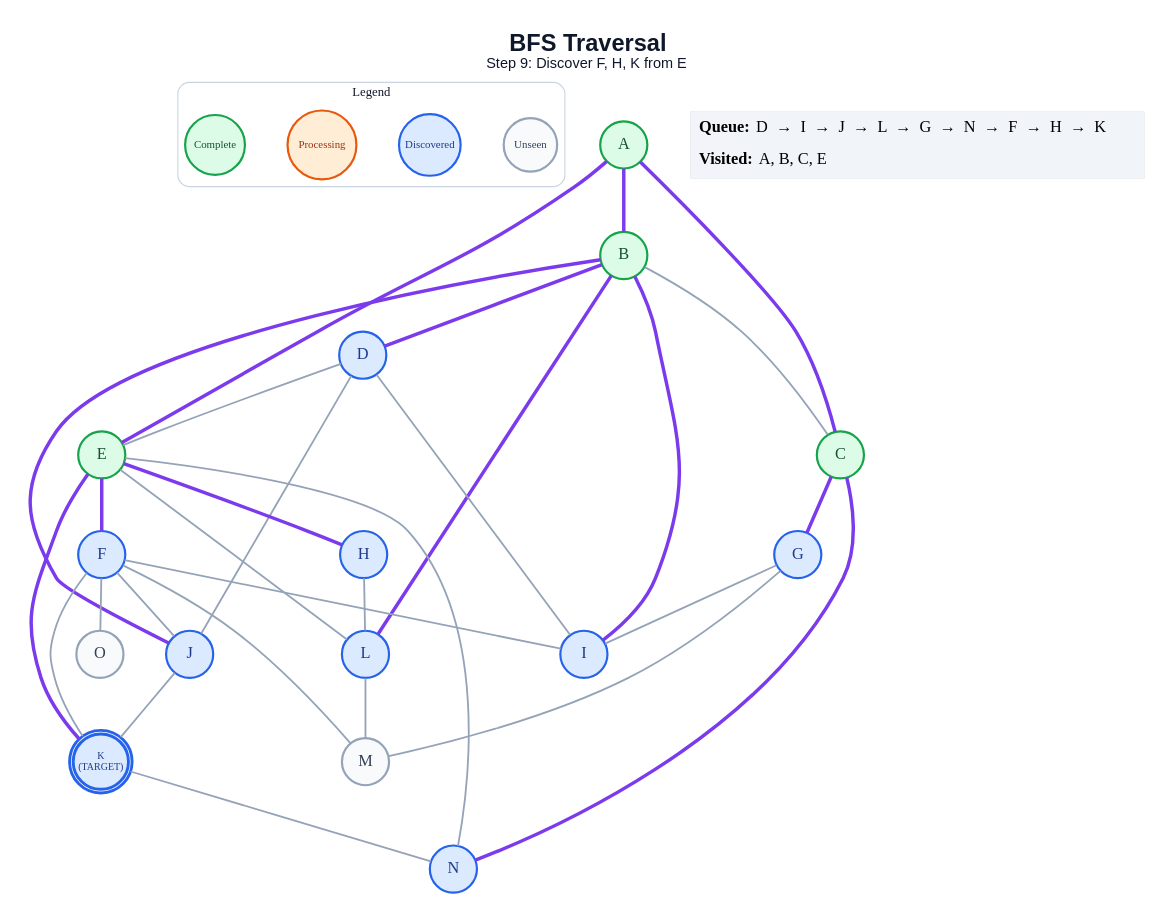
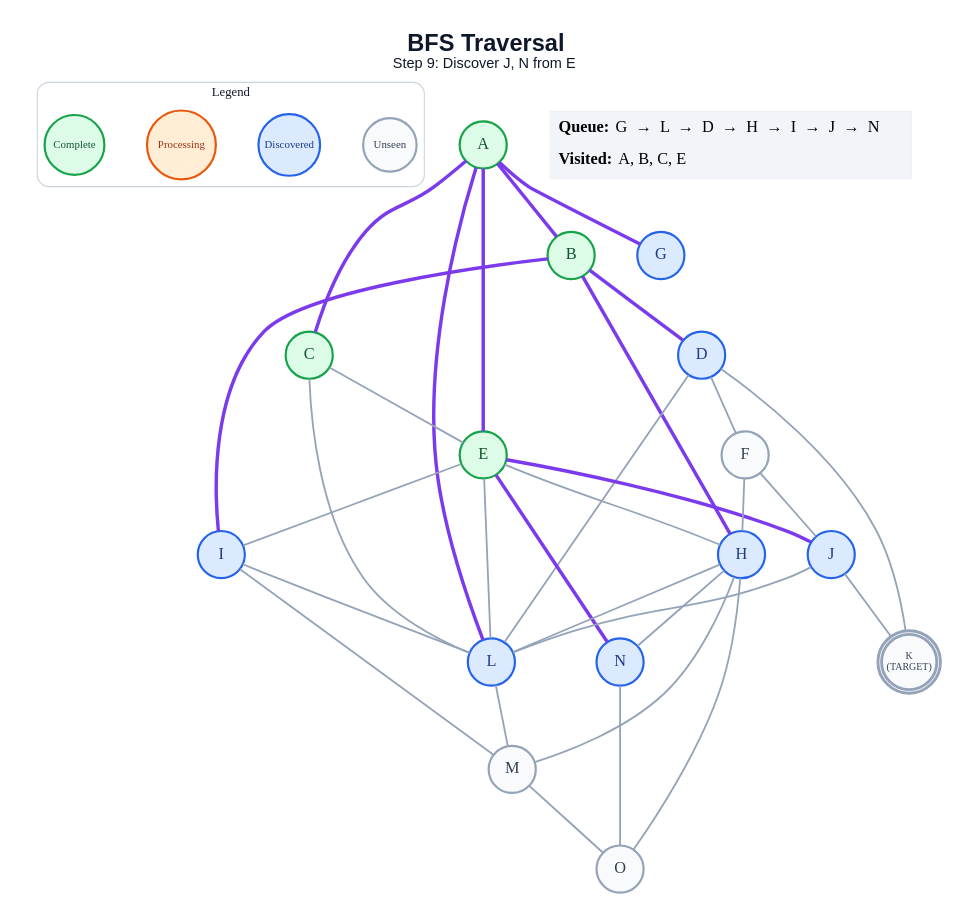
The diagram in generated/specific-node/bfs/step_09.dot (anon7238593-create/ai-slop), drawn with Graphviz before and after one commit. The commit also changed 243 other files, not shown here.

```diff
--- a/generated/specific-node/bfs/step_09.dot
+++ b/generated/specific-node/bfs/step_09.dot
@@ -1,63 +1,65 @@
 graph traversal {
   graph [layout=dot, rankdir=TB, bgcolor="#FFFFFF", pad="0.35", nodesep="0.65", ranksep="0.8", fontname="Arial"];
   node [shape=circle, style="filled", fontname="Arial Bold", fontsize=18, width=0.72, fixedsize=true, penwidth=2.4];
   edge [color="#94A3B8", penwidth=2.0];
-  label=<<B>BFS Traversal</B><BR/><FONT POINT-SIZE="16">Step 9: Discover F, H, K from E</FONT>>; labelloc="t"; fontsize=26; fontname="Arial"; fontcolor="#0F172A";
+  label=<<B>BFS Traversal</B><BR/><FONT POINT-SIZE="16">Step 9: Discover J, N from E</FONT>>; labelloc="t"; fontsize=26; fontname="Arial"; fontcolor="#0F172A";
   subgraph cluster_legend { label="Legend"; color="#CBD5E1"; penwidth=1.2; style="rounded"; fontsize=14; fontname="Arial Bold";
     key_unseen [label="Unseen", fillcolor="#F8FAFC", color="#94A3B8", fontcolor="#334155", fontsize=12, width=0.82];
     key_frontier [label="Discovered", fillcolor="#DBEAFE", color="#2563EB", fontcolor="#1E3A8A", fontsize=12, width=0.95];
     key_current [label="Processing", fillcolor="#FFEDD5", color="#EA580C", fontcolor="#9A3412", fontsize=12, width=1.05];
     key_done [label="Complete", fillcolor="#DCFCE7", color="#16A34A", fontcolor="#14532D", fontsize=12, width=0.92];
     { rank=same; key_unseen; key_frontier; key_current; key_done; }
   }
   A [label="A", fillcolor="#DCFCE7", color="#16A34A", fontcolor="#14532D", peripheries=1, penwidth=2.4];
   B [label="B", fillcolor="#DCFCE7", color="#16A34A", fontcolor="#14532D", peripheries=1, penwidth=2.4];
   C [label="C", fillcolor="#DCFCE7", color="#16A34A", fontcolor="#14532D", peripheries=1, penwidth=2.4];
   D [label="D", fillcolor="#DBEAFE", color="#2563EB", fontcolor="#1E3A8A", peripheries=1, penwidth=2.4];
   E [label="E", fillcolor="#DCFCE7", color="#16A34A", fontcolor="#14532D", peripheries=1, penwidth=2.4];
-  F [label="F", fillcolor="#DBEAFE", color="#2563EB", fontcolor="#1E3A8A", peripheries=1, penwidth=2.4];
+  F [label="F", fillcolor="#F8FAFC", color="#94A3B8", fontcolor="#334155", peripheries=1, penwidth=2.4];
   G [label="G", fillcolor="#DBEAFE", color="#2563EB", fontcolor="#1E3A8A", peripheries=1, penwidth=2.4];
   H [label="H", fillcolor="#DBEAFE", color="#2563EB", fontcolor="#1E3A8A", peripheries=1, penwidth=2.4];
   I [label="I", fillcolor="#DBEAFE", color="#2563EB", fontcolor="#1E3A8A", peripheries=1, penwidth=2.4];
   J [label="J", fillcolor="#DBEAFE", color="#2563EB", fontcolor="#1E3A8A", peripheries=1, penwidth=2.4];
-  K [label="K\n(TARGET)", fillcolor="#DBEAFE", color="#2563EB", fontcolor="#1E3A8A", peripheries=2, penwidth=3.2, fontsize=11, width=0.85, height=0.85];
+  K [label="K\n(TARGET)", fillcolor="#F8FAFC", color="#94A3B8", fontcolor="#334155", peripheries=2, penwidth=3.2, fontsize=11, width=0.85, height=0.85];
   L [label="L", fillcolor="#DBEAFE", color="#2563EB", fontcolor="#1E3A8A", peripheries=1, penwidth=2.4];
   M [label="M", fillcolor="#F8FAFC", color="#94A3B8", fontcolor="#334155", peripheries=1, penwidth=2.4];
   N [label="N", fillcolor="#DBEAFE", color="#2563EB", fontcolor="#1E3A8A", peripheries=1, penwidth=2.4];
   O [label="O", fillcolor="#F8FAFC", color="#94A3B8", fontcolor="#334155", peripheries=1, penwidth=2.4];
   A -- B [color="#7C3AED", penwidth=3.8];
   A -- C [color="#7C3AED", penwidth=3.8];
   A -- E [color="#7C3AED", penwidth=3.8];
-  B -- C;
+  A -- G [color="#7C3AED", penwidth=3.8];
+  A -- L [color="#7C3AED", penwidth=3.8];
   B -- D [color="#7C3AED", penwidth=3.8];
+  B -- H [color="#7C3AED", penwidth=3.8];
   B -- I [color="#7C3AED", penwidth=3.8];
-  B -- J [color="#7C3AED", penwidth=3.8];
-  B -- L [color="#7C3AED", penwidth=3.8];
-  C -- G [color="#7C3AED", penwidth=3.8];
-  C -- N [color="#7C3AED", penwidth=3.8];
-  D -- E;
-  D -- I;
-  D -- J;
-  E -- F [color="#7C3AED", penwidth=3.8];
-  E -- H [color="#7C3AED", penwidth=3.8];
-  E -- K [color="#7C3AED", penwidth=3.8];
+  C -- E;
+  C -- L;
+  D -- F;
+  D -- K;
+  D -- L;
+  E -- H;
+  E -- I;
+  E -- J [color="#7C3AED", penwidth=3.8];
   E -- L;
-  E -- N;
-  F -- I;
+  E -- N [color="#7C3AED", penwidth=3.8];
+  F -- H;
   F -- J;
-  F -- K;
-  F -- M;
-  F -- O;
-  G -- I;
-  G -- M;
   H -- L;
+  H -- M;
+  H -- N;
+  H -- O;
+  I -- L;
+  I -- M;
   J -- K;
-  K -- N;
+  J -- L;
   L -- M;
+  M -- O;
+  N -- O;
   status [shape=plain, fixedsize=false, width=0, height=0, margin=0, label=<
     <TABLE BORDER="0" CELLBORDER="0" CELLPADDING="7" BGCOLOR="#F1F5F9">
-      <TR><TD ALIGN="LEFT"><B>Queue:</B> D  →  I  →  J  →  L  →  G  →  N  →  F  →  H  →  K</TD></TR>
+      <TR><TD ALIGN="LEFT"><B>Queue:</B> G  →  L  →  D  →  H  →  I  →  J  →  N</TD></TR>
       <TR><TD ALIGN="LEFT"><B>Visited:</B> A, B, C, E</TD></TR>
     </TABLE>
   >];
 }
```
